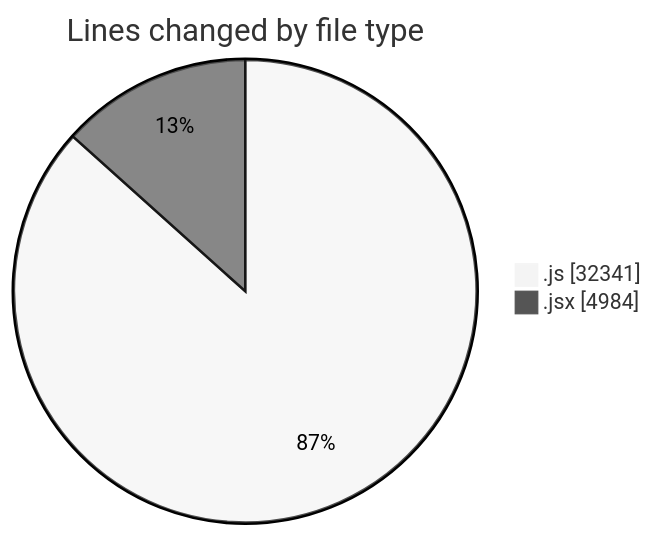
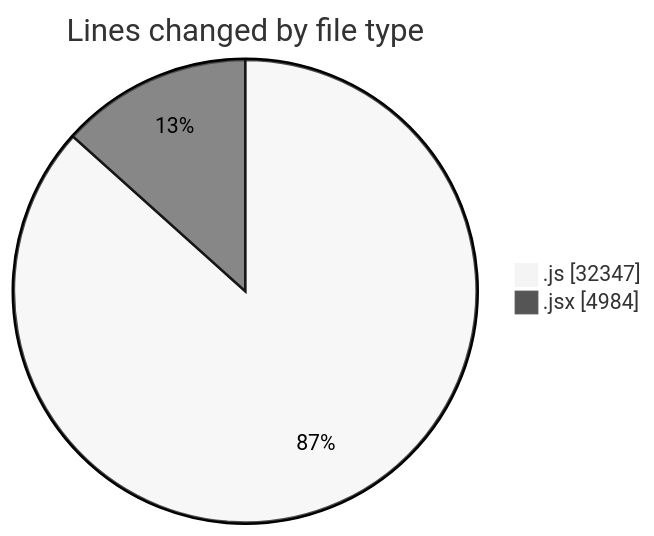
The first of 2 diagrams in 2025-09-30/nxtqube_webapp/README.md (nxtqubesakshisongat/code-tracking), drawn with Mermaid (neutral theme) before and after one commit. The commit also changed other lines of this file and 1 other file, not shown here.

````diff
--- a/2025-09-30/nxtqube_webapp/README.md
+++ b/2025-09-30/nxtqube_webapp/README.md
@@ -25,6 +25,6 @@
 ```mermaid
 pie showData
 title Lines changed by file type
-".js" : 32341
+".js" : 32347
 ".jsx" : 4984
 ```
````
